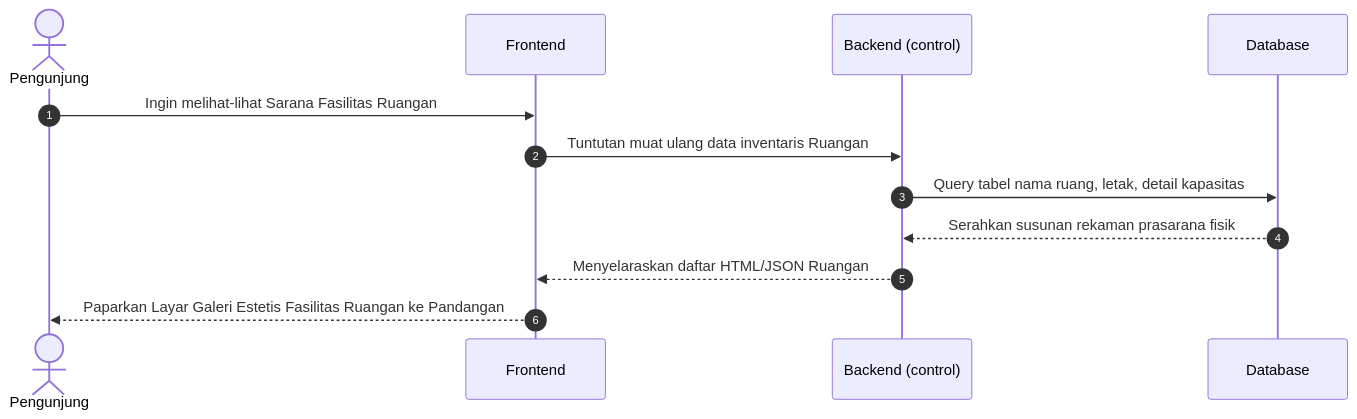
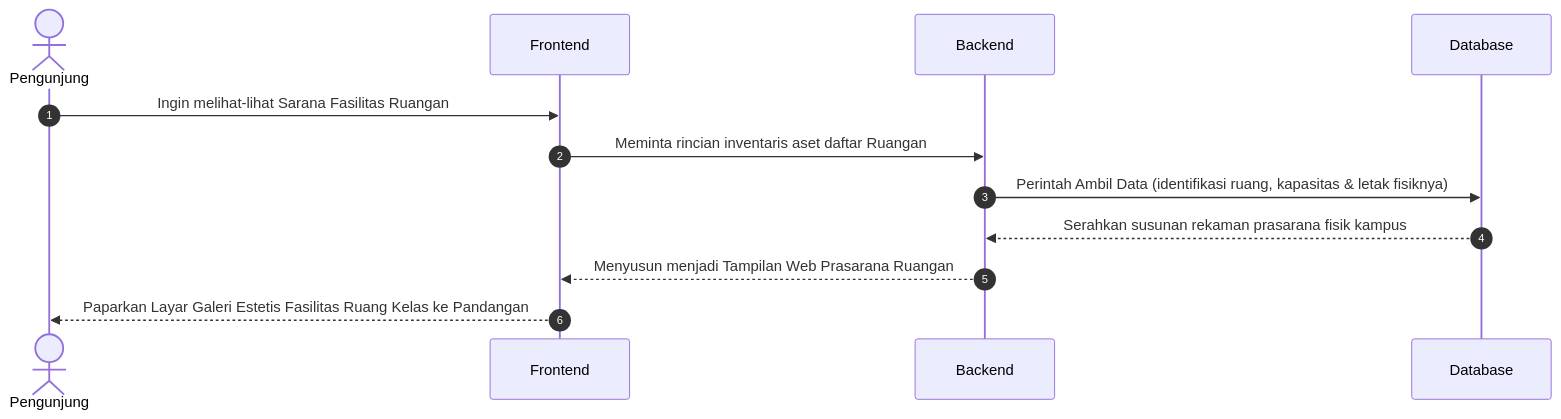
Before and after one commit to arbain-dev/Web_fikom: the tenth of 22 diagrams in docs/kumpulan_sequence_frontend.md, drawn with Mermaid. The commit also changed other lines of this file and 1 other file, not shown here.

Commit message:
docs: menyederhanakan bahasa teknikal (query, render, html, http, json) menjadi perbendaharaan operasional sederhana di diagram aktivitas public frontend

````diff
--- a/docs/kumpulan_sequence_frontend.md
+++ b/docs/kumpulan_sequence_frontend.md
@@ -196,17 +191,17 @@
 ```mermaid
 sequenceDiagram
     autonumber
     actor User as Pengunjung
-    participant Frontend
-    participant Backend as Backend (control)
-    participant DB as Database
+    participant Frontend as Frontend
+    participant Backend as Backend
+    participant Database as Database
 
     User->>Frontend: Ingin melihat-lihat Sarana Fasilitas Ruangan
-    Frontend->>Backend: Tuntutan muat ulang data inventaris Ruangan
+    Frontend->>Backend: Meminta rincian inventaris aset daftar Ruangan
     
-    Backend->>DB: Query tabel nama ruang, letak, detail kapasitas
-    DB-->>Backend: Serahkan susunan rekaman prasarana fisik
+    Backend->>Database: Perintah Ambil Data (identifikasi ruang, kapasitas & letak fisiknya)
+    Database-->>Backend: Serahkan susunan rekaman prasarana fisik kampus
     
-    Backend-->>Frontend: Menyelaraskan daftar HTML/JSON Ruangan
-    Frontend-->>User: Paparkan Layar Galeri Estetis Fasilitas Ruangan ke Pandangan
+    Backend-->>Frontend: Menyusun menjadi Tampilan Web Prasarana Ruangan
+    Frontend-->>User: Paparkan Layar Galeri Estetis Fasilitas Ruang Kelas ke Pandangan
 ```
````
